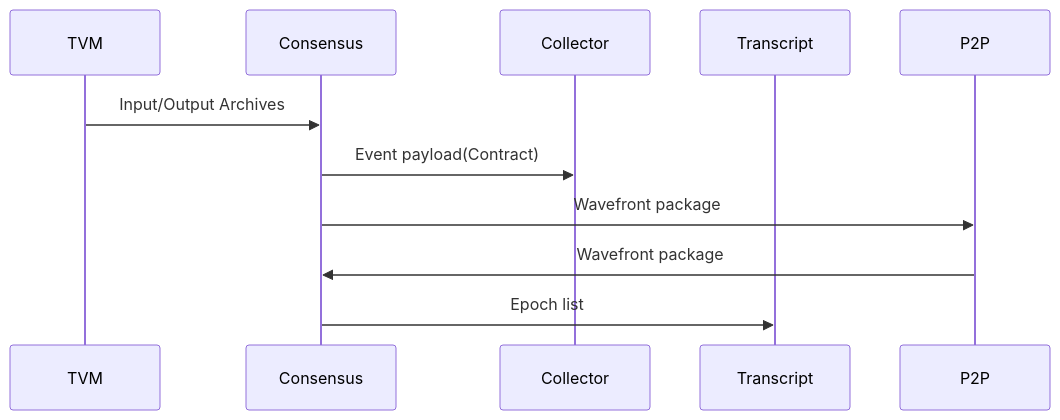
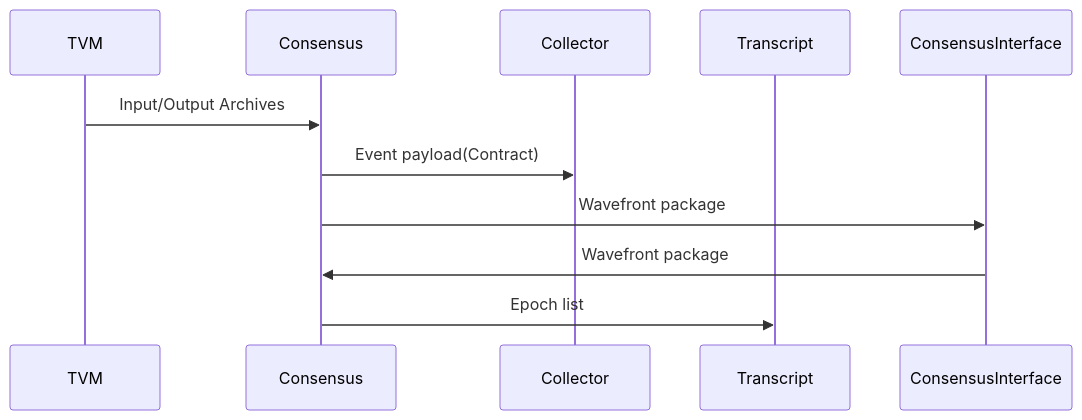
The diagram in documents/architecture/Consensus.md (tagion/tagion), drawn with Mermaid before and after one commit. The commit also changed 5 other files, not shown here.

Commit message:
DOC: P2P renamed to ConsensusInterface

````diff
--- a/documents/architecture/Consensus.md
+++ b/documents/architecture/Consensus.md
@@ -19,13 +19,13 @@
 ```mermaid
 sequenceDiagram
     participant TVM 
     participant Consensus 
     participant Collector
     participant Transcript
-    participant P2P
+    participant ConsensusInterface
     TVM ->> Consensus: Input/Output Archives
     Consensus ->> Collector: Event payload(Contract) 
-    Consensus ->> P2P: Wavefront package
-    P2P ->> Consensus: Wavefront package
+    Consensus ->> ConsensusInterface: Wavefront package
+    ConsensusInterface ->> Consensus: Wavefront package
     Consensus ->> Transcript: Epoch list
 ```
````
